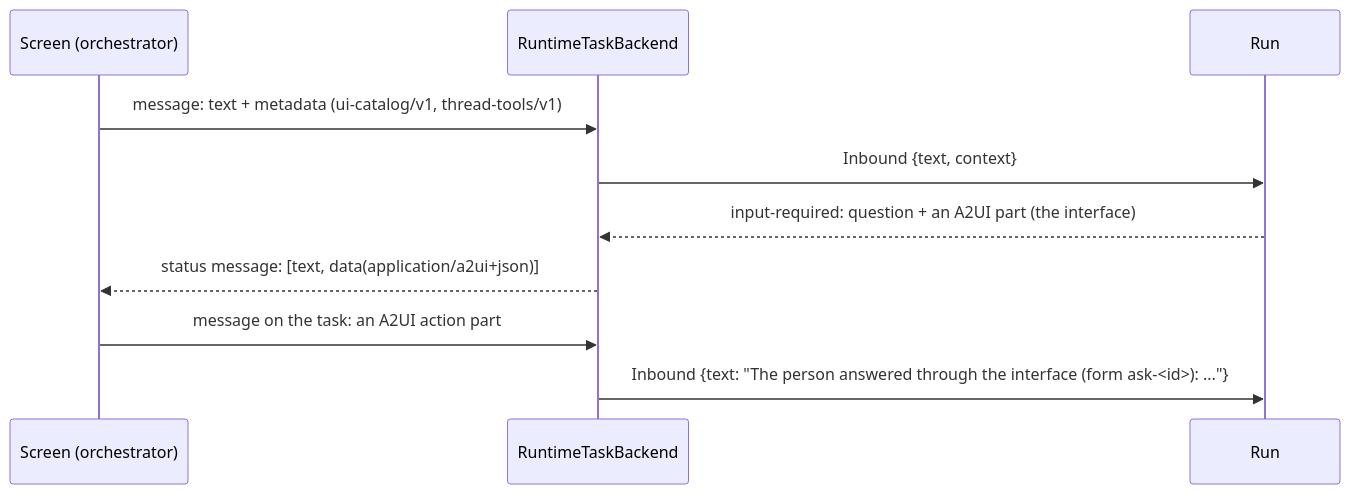
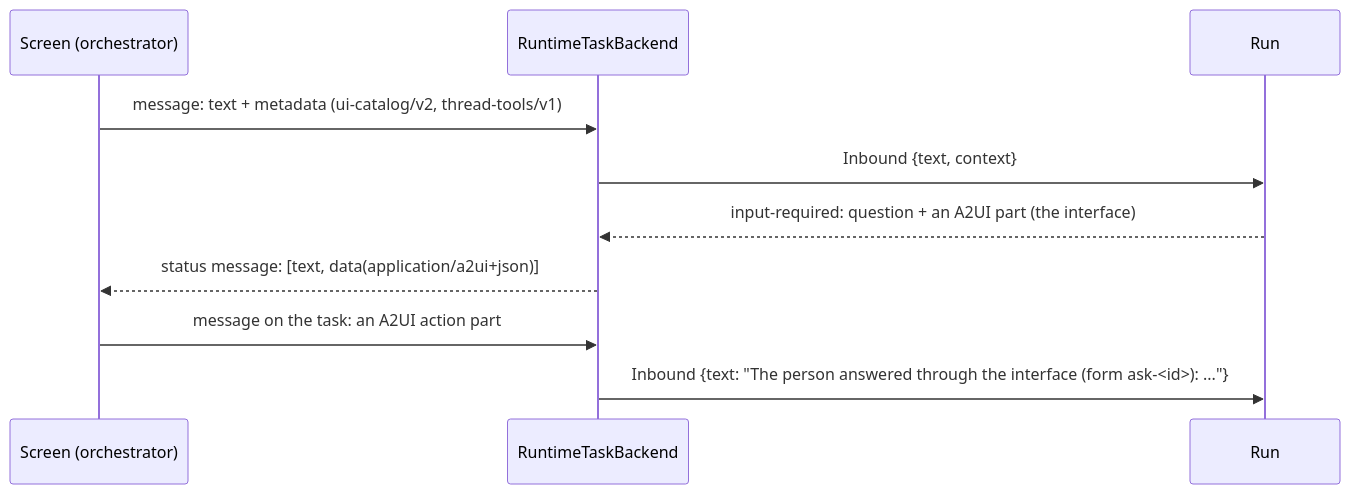
The first of 2 diagrams in crates/adam-a2a-runtime/README.md (vymalo/another-adam-rs), drawn with Mermaid before and after one commit. The commit also changed other lines of this file and 80 other files, not shown here.

````diff
--- a/crates/adam-a2a-runtime/README.md
+++ b/crates/adam-a2a-runtime/README.md
@@ -303,12 +304,12 @@
 ```mermaid
 sequenceDiagram
     participant S as Screen (orchestrator)
     participant B as RuntimeTaskBackend
     participant R as Run
-    S->>B: message: text + metadata (ui-catalog/v1, thread-tools/v1)
+    S->>B: message: text + metadata (ui-catalog/v2, thread-tools/v1)
     B->>R: Inbound {text, context}
     R-->>B: input-required: question + an A2UI part (the interface)
     B-->>S: status message: [text, data(application/a2ui+json)]
     S->>B: message on the task: an A2UI action part
     B->>R: Inbound {text: "The person answered through the interface (form ask-<id>): ..."}
 ```
````
